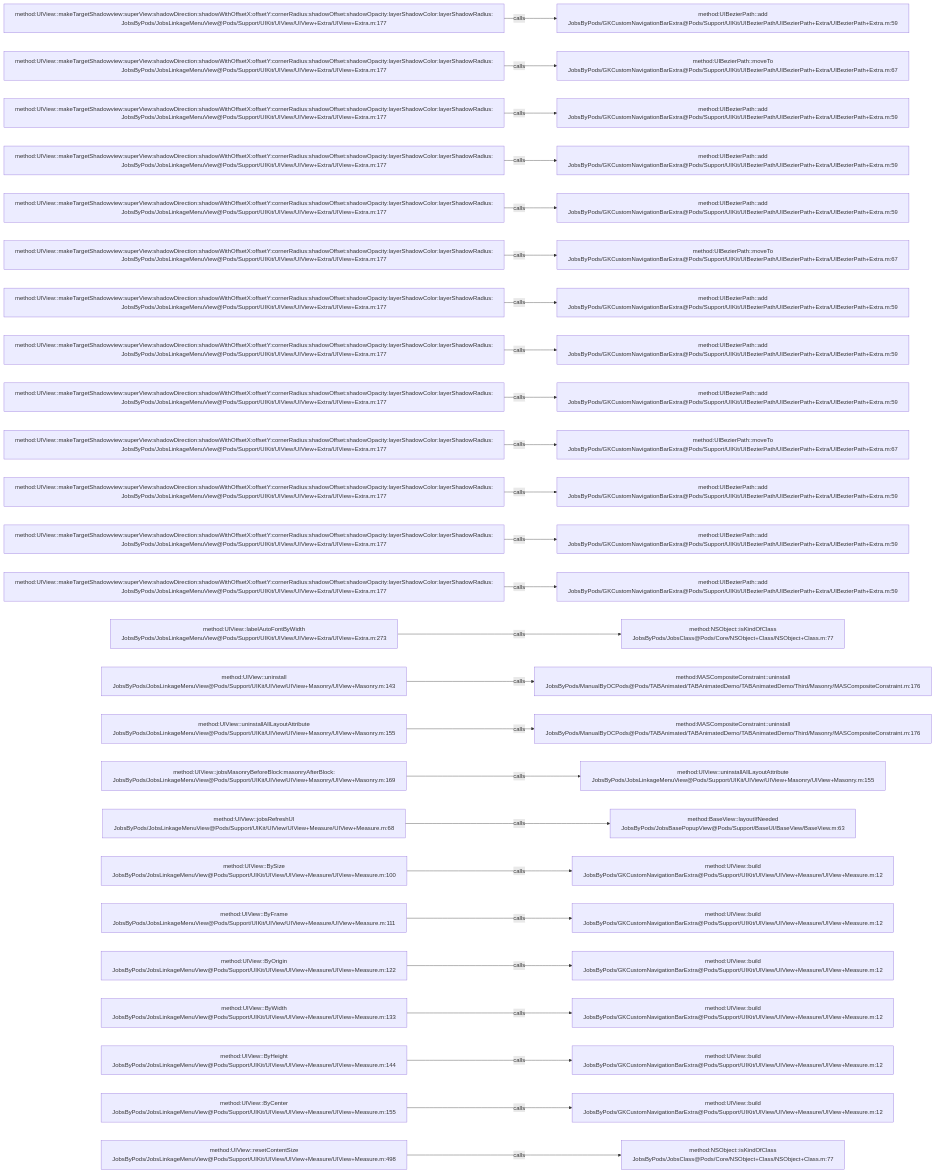
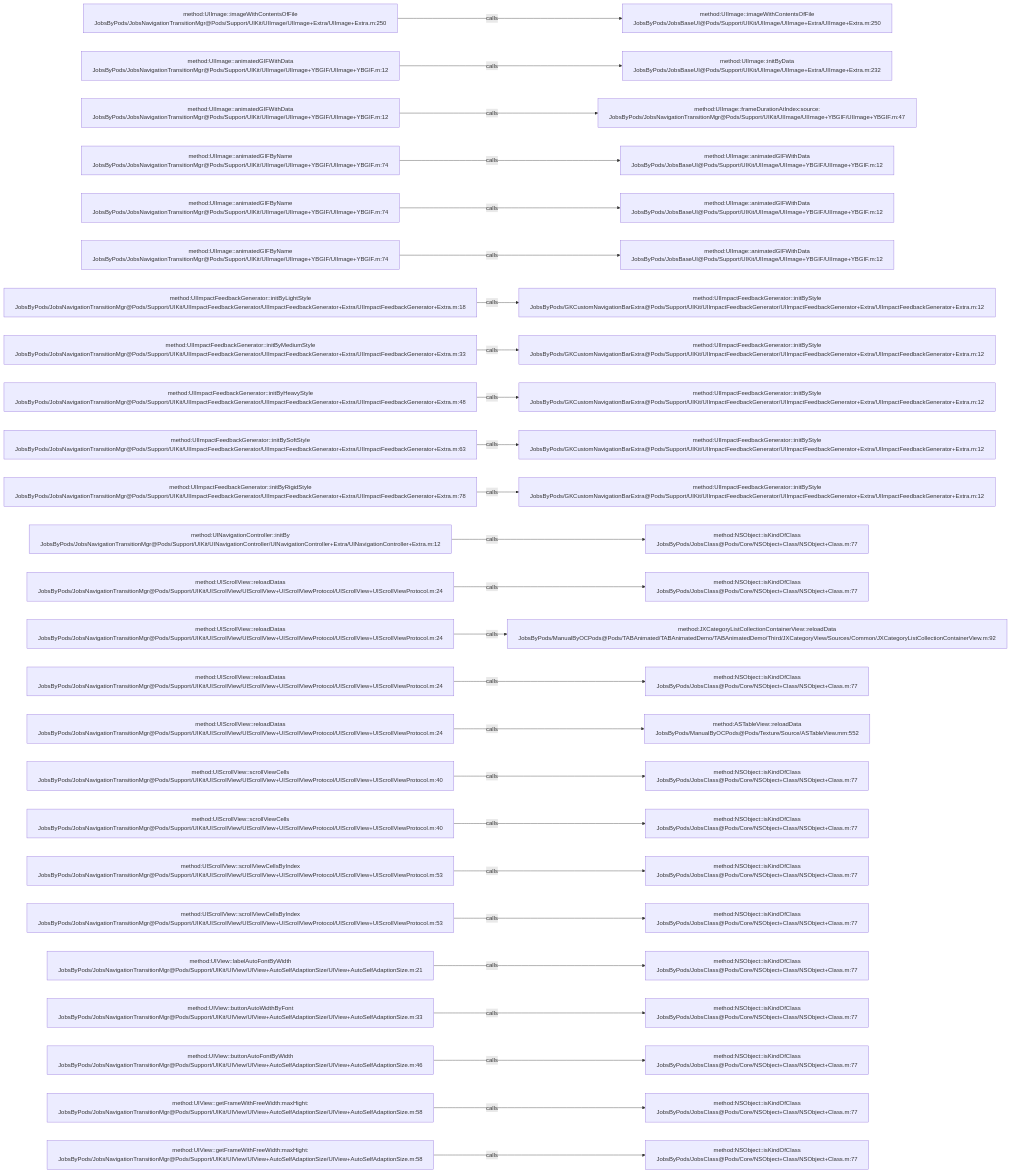
One commit to JobsKits/JobsOCBaseConfigDemo changed the diagram in .codegraph/codegraph.md/graphs/calls-136.md. Above: the diagram before and after it, drawn with Mermaid. The commit also changed 1026 other files, not shown here.

````diff
--- a/.codegraph/codegraph.md/graphs/calls-136.md
+++ b/.codegraph/codegraph.md/graphs/calls-136.md
@@ -13,78 +13,78 @@
 ```mermaid
 flowchart LR
-  S1["method:UIView::makeTargetShadowview:superView:shadowDirection:shadowWithOffsetX:offsetY:cornerRadius:shadowOffset:shadowOpacity:layerShadowColor:layerShadowRadius:<br/>JobsByPods/JobsLinkageMenuView@Pods/Support/UIKit/UIView/UIView+Extra/UIView+Extra.m:177"]
-  T1["method:UIBezierPath::add<br/>JobsByPods/GKCustomNavigationBarExtra@Pods/Support/UIKit/UIBezierPath/UIBezierPath+Extra/UIBezierPath+Extra.m:59"]
+  S1["method:UIImage::imageWithContentsOfFile<br/>JobsByPods/JobsNavigationTransitionMgr@Pods/Support/UIKit/UIImage/UIImage+Extra/UIImage+Extra.m:250"]
+  T1["method:UIImage::imageWithContentsOfFile<br/>JobsByPods/JobsBaseUI@Pods/Support/UIKit/UIImage/UIImage+Extra/UIImage+Extra.m:250"]
   S1 -->|calls| T1
-  S2["method:UIView::makeTargetShadowview:superView:shadowDirection:shadowWithOffsetX:offsetY:cornerRadius:shadowOffset:shadowOpacity:layerShadowColor:layerShadowRadius:<br/>JobsByPods/JobsLinkageMenuView@Pods/Support/UIKit/UIView/UIView+Extra/UIView+Extra.m:177"]
-  T2["method:UIBezierPath::moveTo<br/>JobsByPods/GKCustomNavigationBarExtra@Pods/Support/UIKit/UIBezierPath/UIBezierPath+Extra/UIBezierPath+Extra.m:67"]
+  S2["method:UIImage::animatedGIFWithData<br/>JobsByPods/JobsNavigationTransitionMgr@Pods/Support/UIKit/UIImage/UIImage+YBGIF/UIImage+YBGIF.m:12"]
+  T2["method:UIImage::initByData<br/>JobsByPods/JobsBaseUI@Pods/Support/UIKit/UIImage/UIImage+Extra/UIImage+Extra.m:232"]
   S2 -->|calls| T2
-  S3["method:UIView::makeTargetShadowview:superView:shadowDirection:shadowWithOffsetX:offsetY:cornerRadius:shadowOffset:shadowOpacity:layerShadowColor:layerShadowRadius:<br/>JobsByPods/JobsLinkageMenuView@Pods/Support/UIKit/UIView/UIView+Extra/UIView+Extra.m:177"]
-  T3["method:UIBezierPath::add<br/>JobsByPods/GKCustomNavigationBarExtra@Pods/Support/UIKit/UIBezierPath/UIBezierPath+Extra/UIBezierPath+Extra.m:59"]
+  S3["method:UIImage::animatedGIFWithData<br/>JobsByPods/JobsNavigationTransitionMgr@Pods/Support/UIKit/UIImage/UIImage+YBGIF/UIImage+YBGIF.m:12"]
+  T3["method:UIImage::frameDurationAtIndex:source:<br/>JobsByPods/JobsNavigationTransitionMgr@Pods/Support/UIKit/UIImage/UIImage+YBGIF/UIImage+YBGIF.m:47"]
   S3 -->|calls| T3
-  S4["method:UIView::makeTargetShadowview:superView:shadowDirection:shadowWithOffsetX:offsetY:cornerRadius:shadowOffset:shadowOpacity:layerShadowColor:layerShadowRadius:<br/>JobsByPods/JobsLinkageMenuView@Pods/Support/UIKit/UIView/UIView+Extra/UIView+Extra.m:177"]
-  T4["method:UIBezierPath::add<br/>JobsByPods/GKCustomNavigationBarExtra@Pods/Support/UIKit/UIBezierPath/UIBezierPath+Extra/UIBezierPath+Extra.m:59"]
+  S4["method:UIImage::animatedGIFByName<br/>JobsByPods/JobsNavigationTransitionMgr@Pods/Support/UIKit/UIImage/UIImage+YBGIF/UIImage+YBGIF.m:74"]
+  T4["method:UIImage::animatedGIFWithData<br/>JobsByPods/JobsBaseUI@Pods/Support/UIKit/UIImage/UIImage+YBGIF/UIImage+YBGIF.m:12"]
   S4 -->|calls| T4
-  S5["method:UIView::makeTargetShadowview:superView:shadowDirection:shadowWithOffsetX:offsetY:cornerRadius:shadowOffset:shadowOpacity:layerShadowColor:layerShadowRadius:<br/>JobsByPods/JobsLinkageMenuView@Pods/Support/UIKit/UIView/UIView+Extra/UIView+Extra.m:177"]
-  T5["method:UIBezierPath::add<br/>JobsByPods/GKCustomNavigationBarExtra@Pods/Support/UIKit/UIBezierPath/UIBezierPath+Extra/UIBezierPath+Extra.m:59"]
+  S5["method:UIImage::animatedGIFByName<br/>JobsByPods/JobsNavigationTransitionMgr@Pods/Support/UIKit/UIImage/UIImage+YBGIF/UIImage+YBGIF.m:74"]
+  T5["method:UIImage::animatedGIFWithData<br/>JobsByPods/JobsBaseUI@Pods/Support/UIKit/UIImage/UIImage+YBGIF/UIImage+YBGIF.m:12"]
   S5 -->|calls| T5
-  S6["method:UIView::makeTargetShadowview:superView:shadowDirection:shadowWithOffsetX:offsetY:cornerRadius:shadowOffset:shadowOpacity:layerShadowColor:layerShadowRadius:<br/>JobsByPods/JobsLinkageMenuView@Pods/Support/UIKit/UIView/UIView+Extra/UIView+Extra.m:177"]
-  T6["method:UIBezierPath::moveTo<br/>JobsByPods/GKCustomNavigationBarExtra@Pods/Support/UIKit/UIBezierPath/UIBezierPath+Extra/UIBezierPath+Extra.m:67"]
+  S6["method:UIImage::animatedGIFByName<br/>JobsByPods/JobsNavigationTransitionMgr@Pods/Support/UIKit/UIImage/UIImage+YBGIF/UIImage+YBGIF.m:74"]
+  T6["method:UIImage::animatedGIFWithData<br/>JobsByPods/JobsBaseUI@Pods/Support/UIKit/UIImage/UIImage+YBGIF/UIImage+YBGIF.m:12"]
   S6 -->|calls| T6
-  S7["method:UIView::makeTargetShadowview:superView:shadowDirection:shadowWithOffsetX:offsetY:cornerRadius:shadowOffset:shadowOpacity:layerShadowColor:layerShadowRadius:<br/>JobsByPods/JobsLinkageMenuView@Pods/Support/UIKit/UIView/UIView+Extra/UIView+Extra.m:177"]
-  T7["method:UIBezierPath::add<br/>JobsByPods/GKCustomNavigationBarExtra@Pods/Support/UIKit/UIBezierPath/UIBezierPath+Extra/UIBezierPath+Extra.m:59"]
+  S7["method:UIImpactFeedbackGenerator::initByLightStyle<br/>JobsByPods/JobsNavigationTransitionMgr@Pods/Support/UIKit/UIImpactFeedbackGenerator/UIImpactFeedbackGenerator+Extra/UIImpactFeedbackGenerator+Extra.m:18"]
+  T7["method:UIImpactFeedbackGenerator::initByStyle<br/>JobsByPods/GKCustomNavigationBarExtra@Pods/Support/UIKit/UIImpactFeedbackGenerator/UIImpactFeedbackGenerator+Extra/UIImpactFeedbackGenerator+Extra.m:12"]
   S7 -->|calls| T7
-  S8["method:UIView::makeTargetShadowview:superView:shadowDirection:shadowWithOffsetX:offsetY:cornerRadius:shadowOffset:shadowOpacity:layerShadowColor:layerShadowRadius:<br/>JobsByPods/JobsLinkageMenuView@Pods/Support/UIKit/UIView/UIView+Extra/UIView+Extra.m:177"]
-  T8["method:UIBezierPath::add<br/>JobsByPods/GKCustomNavigationBarExtra@Pods/Support/UIKit/UIBezierPath/UIBezierPath+Extra/UIBezierPath+Extra.m:59"]
+  S8["method:UIImpactFeedbackGenerator::initByMediumStyle<br/>JobsByPods/JobsNavigationTransitionMgr@Pods/Support/UIKit/UIImpactFeedbackGenerator/UIImpactFeedbackGenerator+Extra/UIImpactFeedbackGenerator+Extra.m:33"]
+  T8["method:UIImpactFeedbackGenerator::initByStyle<br/>JobsByPods/GKCustomNavigationBarExtra@Pods/Support/UIKit/UIImpactFeedbackGenerator/UIImpactFeedbackGenerator+Extra/UIImpactFeedbackGenerator+Extra.m:12"]
   S8 -->|calls| T8
-  S9["method:UIView::makeTargetShadowview:superView:shadowDirection:shadowWithOffsetX:offsetY:cornerRadius:shadowOffset:shadowOpacity:layerShadowColor:layerShadowRadius:<br/>JobsByPods/JobsLinkageMenuView@Pods/Support/UIKit/UIView/UIView+Extra/UIView+Extra.m:177"]
-  T9["method:UIBezierPath::add<br/>JobsByPods/GKCustomNavigationBarExtra@Pods/Support/UIKit/UIBezierPath/UIBezierPath+Extra/UIBezierPath+Extra.m:59"]
+  S9["method:UIImpactFeedbackGenerator::initByHeavyStyle<br/>JobsByPods/JobsNavigationTransitionMgr@Pods/Support/UIKit/UIImpactFeedbackGenerator/UIImpactFeedbackGenerator+Extra/UIImpactFeedbackGenerator+Extra.m:48"]
+  T9["method:UIImpactFeedbackGenerator::initByStyle<br/>JobsByPods/GKCustomNavigationBarExtra@Pods/Support/UIKit/UIImpactFeedbackGenerator/UIImpactFeedbackGenerator+Extra/UIImpactFeedbackGenerator+Extra.m:12"]
   S9 -->|calls| T9
-  S10["method:UIView::makeTargetShadowview:superView:shadowDirection:shadowWithOffsetX:offsetY:cornerRadius:shadowOffset:shadowOpacity:layerShadowColor:layerShadowRadius:<br/>JobsByPods/JobsLinkageMenuView@Pods/Support/UIKit/UIView/UIView+Extra/UIView+Extra.m:177"]
-  T10["method:UIBezierPath::moveTo<br/>JobsByPods/GKCustomNavigationBarExtra@Pods/Support/UIKit/UIBezierPath/UIBezierPath+Extra/UIBezierPath+Extra.m:67"]
+  S10["method:UIImpactFeedbackGenerator::initBySoftStyle<br/>JobsByPods/JobsNavigationTransitionMgr@Pods/Support/UIKit/UIImpactFeedbackGenerator/UIImpactFeedbackGenerator+Extra/UIImpactFeedbackGenerator+Extra.m:63"]
+  T10["method:UIImpactFeedbackGenerator::initByStyle<br/>JobsByPods/GKCustomNavigationBarExtra@Pods/Support/UIKit/UIImpactFeedbackGenerator/UIImpactFeedbackGenerator+Extra/UIImpactFeedbackGenerator+Extra.m:12"]
   S10 -->|calls| T10
-  S11["method:UIView::makeTargetShadowview:superView:shadowDirection:shadowWithOffsetX:offsetY:cornerRadius:shadowOffset:shadowOpacity:layerShadowColor:layerShadowRadius:<br/>JobsByPods/JobsLinkageMenuView@Pods/Support/UIKit/UIView/UIView+Extra/UIView+Extra.m:177"]
-  T11["method:UIBezierPath::add<br/>JobsByPods/GKCustomNavigationBarExtra@Pods/Support/UIKit/UIBezierPath/UIBezierPath+Extra/UIBezierPath+Extra.m:59"]
+  S11["method:UIImpactFeedbackGenerator::initByRigidStyle<br/>JobsByPods/JobsNavigationTransitionMgr@Pods/Support/UIKit/UIImpactFeedbackGenerator/UIImpactFeedbackGenerator+Extra/UIImpactFeedbackGenerator+Extra.m:78"]
+  T11["method:UIImpactFeedbackGenerator::initByStyle<br/>JobsByPods/GKCustomNavigationBarExtra@Pods/Support/UIKit/UIImpactFeedbackGenerator/UIImpactFeedbackGenerator+Extra/UIImpactFeedbackGenerator+Extra.m:12"]
   S11 -->|calls| T11
-  S12["method:UIView::makeTargetShadowview:superView:shadowDirection:shadowWithOffsetX:offsetY:cornerRadius:shadowOffset:shadowOpacity:layerShadowColor:layerShadowRadius:<br/>JobsByPods/JobsLinkageMenuView@Pods/Support/UIKit/UIView/UIView+Extra/UIView+Extra.m:177"]
-  T12["method:UIBezierPath::add<br/>JobsByPods/GKCustomNavigationBarExtra@Pods/Support/UIKit/UIBezierPath/UIBezierPath+Extra/UIBezierPath+Extra.m:59"]
+  S12["method:UINavigationController::initBy<br/>JobsByPods/JobsNavigationTransitionMgr@Pods/Support/UIKit/UINavigationController/UINavigationController+Extra/UINavigationController+Extra.m:12"]
+  T12["method:NSObject::isKindOfClass<br/>JobsByPods/JobsClass@Pods/Core/NSObject+Class/NSObject+Class.m:77"]
   S12 -->|calls| T12
-  S13["method:UIView::makeTargetShadowview:superView:shadowDirection:shadowWithOffsetX:offsetY:cornerRadius:shadowOffset:shadowOpacity:layerShadowColor:layerShadowRadius:<br/>JobsByPods/JobsLinkageMenuView@Pods/Support/UIKit/UIView/UIView+Extra/UIView+Extra.m:177"]
-  T13["method:UIBezierPath::add<br/>JobsByPods/GKCustomNavigationBarExtra@Pods/Support/UIKit/UIBezierPath/UIBezierPath+Extra/UIBezierPath+Extra.m:59"]
+  S13["method:UIScrollView::reloadDatas<br/>JobsByPods/JobsNavigationTransitionMgr@Pods/Support/UIKit/UIScrollView/UIScrollView+UIScrollViewProtocol/UIScrollView+UIScrollViewProtocol.m:24"]
+  T13["method:NSObject::isKindOfClass<br/>JobsByPods/JobsClass@Pods/Core/NSObject+Class/NSObject+Class.m:77"]
   S13 -->|calls| T13
-  S14["method:UIView::labelAutoFontByWidth<br/>JobsByPods/JobsLinkageMenuView@Pods/Support/UIKit/UIView/UIView+Extra/UIView+Extra.m:273"]
-  T14["method:NSObject::isKindOfClass<br/>JobsByPods/JobsClass@Pods/Core/NSObject+Class/NSObject+Class.m:77"]
+  S14["method:UIScrollView::reloadDatas<br/>JobsByPods/JobsNavigationTransitionMgr@Pods/Support/UIKit/UIScrollView/UIScrollView+UIScrollViewProtocol/UIScrollView+UIScrollViewProtocol.m:24"]
+  T14["method:JXCategoryListCollectionContainerView::reloadData<br/>JobsByPods/ManualByOCPods@Pods/TABAnimated/TABAnimatedDemo/TABAnimatedDemo/Third/JXCategoryView/Sources/Common/JXCategoryListCollectionContainerView.m:92"]
   S14 -->|calls| T14
-  S15["method:UIView::uninstall<br/>JobsByPods/JobsLinkageMenuView@Pods/Support/UIKit/UIView/UIView+Masonry/UIView+Masonry.m:143"]
-  T15["method:MASCompositeConstraint::uninstall<br/>JobsByPods/ManualByOCPods@Pods/TABAnimated/TABAnimatedDemo/TABAnimatedDemo/Third/Masonry/MASCompositeConstraint.m:176"]
+  S15["method:UIScrollView::reloadDatas<br/>JobsByPods/JobsNavigationTransitionMgr@Pods/Support/UIKit/UIScrollView/UIScrollView+UIScrollViewProtocol/UIScrollView+UIScrollViewProtocol.m:24"]
+  T15["method:NSObject::isKindOfClass<br/>JobsByPods/JobsClass@Pods/Core/NSObject+Class/NSObject+Class.m:77"]
   S15 -->|calls| T15
-  S16["method:UIView::uninstallAllLayoutAttribute<br/>JobsByPods/JobsLinkageMenuView@Pods/Support/UIKit/UIView/UIView+Masonry/UIView+Masonry.m:155"]
-  T16["method:MASCompositeConstraint::uninstall<br/>JobsByPods/ManualByOCPods@Pods/TABAnimated/TABAnimatedDemo/TABAnimatedDemo/Third/Masonry/MASCompositeConstraint.m:176"]
+  S16["method:UIScrollView::reloadDatas<br/>JobsByPods/JobsNavigationTransitionMgr@Pods/Support/UIKit/UIScrollView/UIScrollView+UIScrollViewProtocol/UIScrollView+UIScrollViewProtocol.m:24"]
+  T16["method:ASTableView::reloadData<br/>JobsByPods/ManualByOCPods@Pods/Texture/Source/ASTableView.mm:552"]
   S16 -->|calls| T16
-  S17["method:UIView::jobsMasonryBeforeBlock:masonryAfterBlock:<br/>JobsByPods/JobsLinkageMenuView@Pods/Support/UIKit/UIView/UIView+Masonry/UIView+Masonry.m:169"]
-  T17["method:UIView::uninstallAllLayoutAttribute<br/>JobsByPods/JobsLinkageMenuView@Pods/Support/UIKit/UIView/UIView+Masonry/UIView+Masonry.m:155"]
+  S17["method:UIScrollView::scrollViewCells<br/>JobsByPods/JobsNavigationTransitionMgr@Pods/Support/UIKit/UIScrollView/UIScrollView+UIScrollViewProtocol/UIScrollView+UIScrollViewProtocol.m:40"]
+  T17["method:NSObject::isKindOfClass<br/>JobsByPods/JobsClass@Pods/Core/NSObject+Class/NSObject+Class.m:77"]
   S17 -->|calls| T17
-  S18["method:UIView::jobsRefreshUI<br/>JobsByPods/JobsLinkageMenuView@Pods/Support/UIKit/UIView/UIView+Measure/UIView+Measure.m:68"]
-  T18["method:BaseView::layoutIfNeeded<br/>JobsByPods/JobsBasePopupView@Pods/Support/BaseUI/BaseView/BaseView.m:63"]
+  S18["method:UIScrollView::scrollViewCells<br/>JobsByPods/JobsNavigationTransitionMgr@Pods/Support/UIKit/UIScrollView/UIScrollView+UIScrollViewProtocol/UIScrollView+UIScrollViewProtocol.m:40"]
+  T18["method:NSObject::isKindOfClass<br/>JobsByPods/JobsClass@Pods/Core/NSObject+Class/NSObject+Class.m:77"]
   S18 -->|calls| T18
-  S19["method:UIView::BySize<br/>JobsByPods/JobsLinkageMenuView@Pods/Support/UIKit/UIView/UIView+Measure/UIView+Measure.m:100"]
-  T19["method:UIView::build<br/>JobsByPods/GKCustomNavigationBarExtra@Pods/Support/UIKit/UIView/UIView+Measure/UIView+Measure.m:12"]
+  S19["method:UIScrollView::scrollViewCellsByIndex<br/>JobsByPods/JobsNavigationTransitionMgr@Pods/Support/UIKit/UIScrollView/UIScrollView+UIScrollViewProtocol/UIScrollView+UIScrollViewProtocol.m:53"]
+  T19["method:NSObject::isKindOfClass<br/>JobsByPods/JobsClass@Pods/Core/NSObject+Class/NSObject+Class.m:77"]
   S19 -->|calls| T19
-  S20["method:UIView::ByFrame<br/>JobsByPods/JobsLinkageMenuView@Pods/Support/UIKit/UIView/UIView+Measure/UIView+Measure.m:111"]
-  T20["method:UIView::build<br/>JobsByPods/GKCustomNavigationBarExtra@Pods/Support/UIKit/UIView/UIView+Measure/UIView+Measure.m:12"]
+  S20["method:UIScrollView::scrollViewCellsByIndex<br/>JobsByPods/JobsNavigationTransitionMgr@Pods/Support/UIKit/UIScrollView/UIScrollView+UIScrollViewProtocol/UIScrollView+UIScrollViewProtocol.m:53"]
+  T20["method:NSObject::isKindOfClass<br/>JobsByPods/JobsClass@Pods/Core/NSObject+Class/NSObject+Class.m:77"]
   S20 -->|calls| T20
-  S21["method:UIView::ByOrigin<br/>JobsByPods/JobsLinkageMenuView@Pods/Support/UIKit/UIView/UIView+Measure/UIView+Measure.m:122"]
-  T21["method:UIView::build<br/>JobsByPods/GKCustomNavigationBarExtra@Pods/Support/UIKit/UIView/UIView+Measure/UIView+Measure.m:12"]
+  S21["method:UIView::labelAutoFontByWidth<br/>JobsByPods/JobsNavigationTransitionMgr@Pods/Support/UIKit/UIView/UIView+AutoSelfAdaptionSize/UIView+AutoSelfAdaptionSize.m:21"]
+  T21["method:NSObject::isKindOfClass<br/>JobsByPods/JobsClass@Pods/Core/NSObject+Class/NSObject+Class.m:77"]
   S21 -->|calls| T21
-  S22["method:UIView::ByWidth<br/>JobsByPods/JobsLinkageMenuView@Pods/Support/UIKit/UIView/UIView+Measure/UIView+Measure.m:133"]
-  T22["method:UIView::build<br/>JobsByPods/GKCustomNavigationBarExtra@Pods/Support/UIKit/UIView/UIView+Measure/UIView+Measure.m:12"]
+  S22["method:UIView::buttonAutoWidthByFont<br/>JobsByPods/JobsNavigationTransitionMgr@Pods/Support/UIKit/UIView/UIView+AutoSelfAdaptionSize/UIView+AutoSelfAdaptionSize.m:33"]
+  T22["method:NSObject::isKindOfClass<br/>JobsByPods/JobsClass@Pods/Core/NSObject+Class/NSObject+Class.m:77"]
   S22 -->|calls| T22
-  S23["method:UIView::ByHeight<br/>JobsByPods/JobsLinkageMenuView@Pods/Support/UIKit/UIView/UIView+Measure/UIView+Measure.m:144"]
-  T23["method:UIView::build<br/>JobsByPods/GKCustomNavigationBarExtra@Pods/Support/UIKit/UIView/UIView+Measure/UIView+Measure.m:12"]
+  S23["method:UIView::buttonAutoFontByWidth<br/>JobsByPods/JobsNavigationTransitionMgr@Pods/Support/UIKit/UIView/UIView+AutoSelfAdaptionSize/UIView+AutoSelfAdaptionSize.m:46"]
+  T23["method:NSObject::isKindOfClass<br/>JobsByPods/JobsClass@Pods/Core/NSObject+Class/NSObject+Class.m:77"]
   S23 -->|calls| T23
-  S24["method:UIView::ByCenter<br/>JobsByPods/JobsLinkageMenuView@Pods/Support/UIKit/UIView/UIView+Measure/UIView+Measure.m:155"]
-  T24["method:UIView::build<br/>JobsByPods/GKCustomNavigationBarExtra@Pods/Support/UIKit/UIView/UIView+Measure/UIView+Measure.m:12"]
+  S24["method:UIView::getFrameWithFreeWidth:maxHight:<br/>JobsByPods/JobsNavigationTransitionMgr@Pods/Support/UIKit/UIView/UIView+AutoSelfAdaptionSize/UIView+AutoSelfAdaptionSize.m:58"]
+  T24["method:NSObject::isKindOfClass<br/>JobsByPods/JobsClass@Pods/Core/NSObject+Class/NSObject+Class.m:77"]
   S24 -->|calls| T24
-  S25["method:UIView::resetContentSize<br/>JobsByPods/JobsLinkageMenuView@Pods/Support/UIKit/UIView/UIView+Measure/UIView+Measure.m:498"]
+  S25["method:UIView::getFrameWithFreeWidth:maxHight:<br/>JobsByPods/JobsNavigationTransitionMgr@Pods/Support/UIKit/UIView/UIView+AutoSelfAdaptionSize/UIView+AutoSelfAdaptionSize.m:58"]
   T25["method:NSObject::isKindOfClass<br/>JobsByPods/JobsClass@Pods/Core/NSObject+Class/NSObject+Class.m:77"]
   S25 -->|calls| T25
 ```
````
